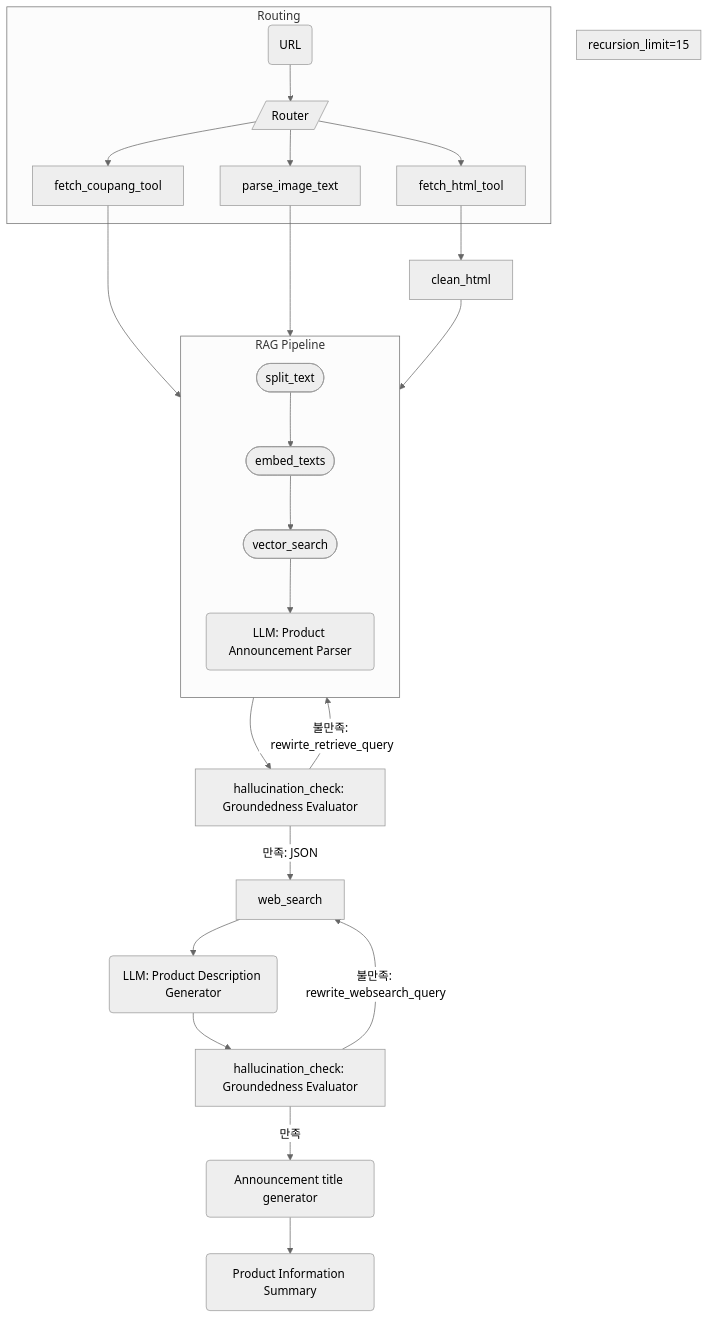
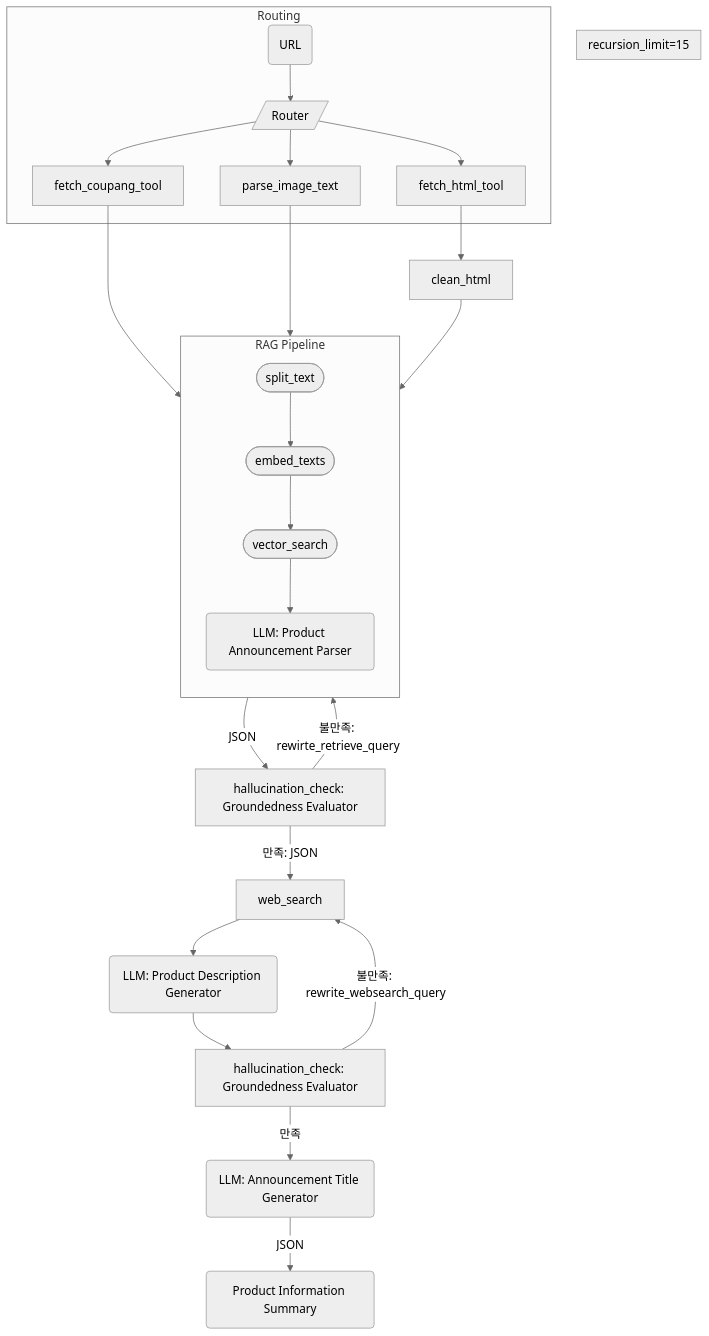
One commit to MorningNembi/product_announcement_generator changed the second of 2 diagrams in README.md. Above: the diagram before and after it, drawn with Mermaid (neutral theme).

````diff
--- a/README.md
+++ b/README.md
@@ -113,38 +113,38 @@
 ```mermaid
 flowchart TD
 subgraph Config[recursion_limit=15]
     end
 subgraph Router_graph["Routing"]
     Start(URL) --> Router[/Router/]
     Router --> fetch_html_tool
     Router --> fetch_coupang_tool
     Router --> parse_image_text
 end
     direction TB
     hallucination_check1[hallucination_check: Groundedness Evaluator]
     hallucination_check2[hallucination_check: Groundedness Evaluator]
     fetch_html_tool --> clean_html
     fetch_coupang_tool --> split_text
 	parse_image_text --> split_text
 	clean_html --> split_text
 
 subgraph RAG["RAG Pipeline"]
 direction TB
     split_text([split_text])
     embed_texts([embed_texts])
     vector_search([vector_search])
     split_text --> embed_texts
     embed_texts --> vector_search
     vector_search --> LLM1(LLM: Product Announcement Parser)
 end
     
     
-    LLM1 --> hallucination_check1
+    LLM1 -->|JSON| hallucination_check1
     hallucination_check1 -->|불만족: rewirte_retrieve_query| vector_search
     hallucination_check1 -->|만족: JSON| web_search
     web_search --> LLM2(LLM: Product Description Generator)
     LLM2 --> hallucination_check2
-    hallucination_check2 -->|만족| at(Announcement title generator)
+    hallucination_check2 -->|만족| at(LLM: Announcement Title Generator)
     hallucination_check2 -->|불만족: rewrite_websearch_query| web_search
-    at --> End(Product Information Summary)
+    at -->|JSON| End(Product Information Summary)
 ```
````
